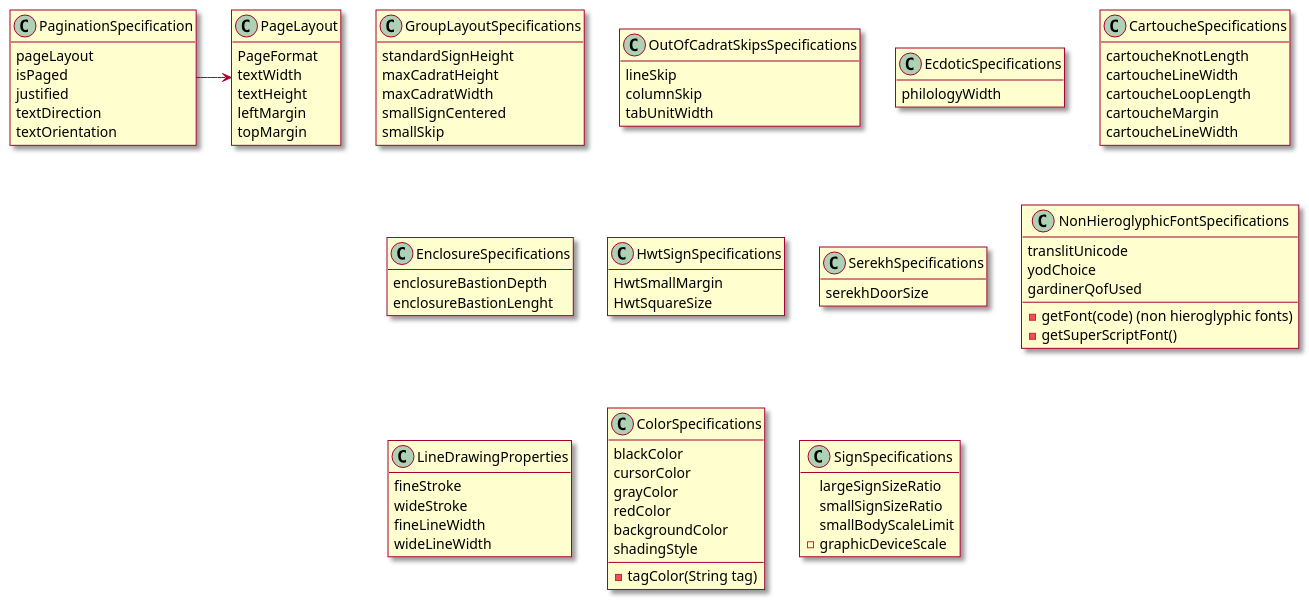
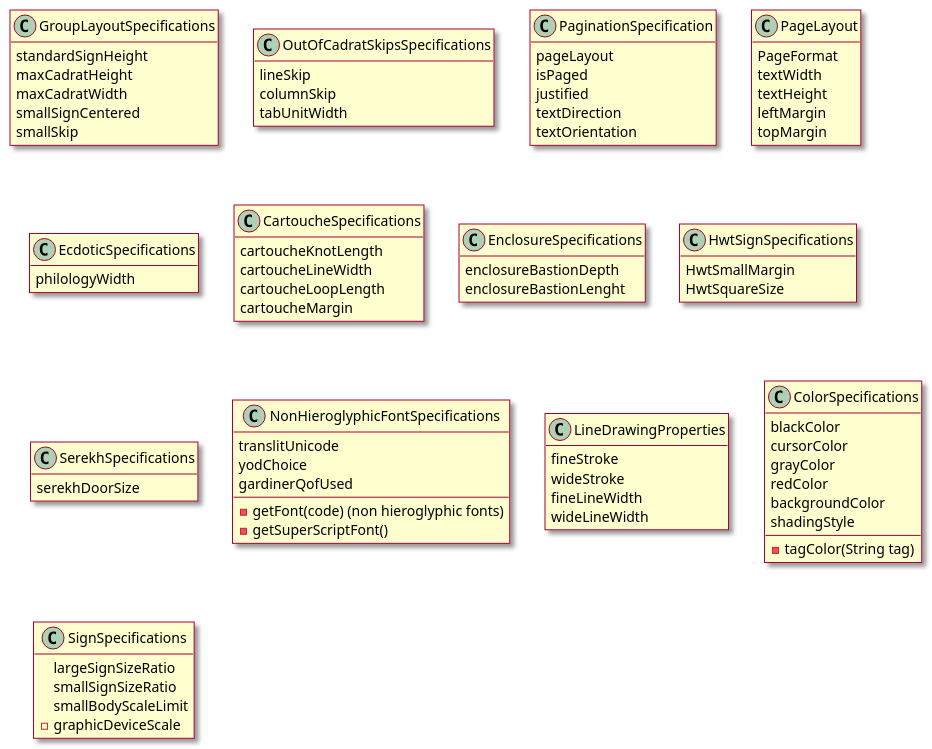
The first of 2 diagrams in 00_Documents/UML/analysis/drawingPrefs.md (rosmord/jsesh), drawn with PlantUML before and after one commit. The commit also changed other lines of this file and 51 other files, not shown here.

```diff
--- a/00_Documents/UML/analysis/drawingPrefs.md
+++ b/00_Documents/UML/analysis/drawingPrefs.md
@@ -215,7 +217,6 @@
   topMargin
 }
 
-PaginationSpecification -> PageLayout
 
 
 class EcdoticSpecifications {
@@ -226,8 +227,7 @@
     cartoucheKnotLength
     cartoucheLineWidth
     cartoucheLoopLength
-    cartoucheMargin
-    cartoucheLineWidth
+    cartoucheMargin    
 }
 
 class EnclosureSpecifications {
```
